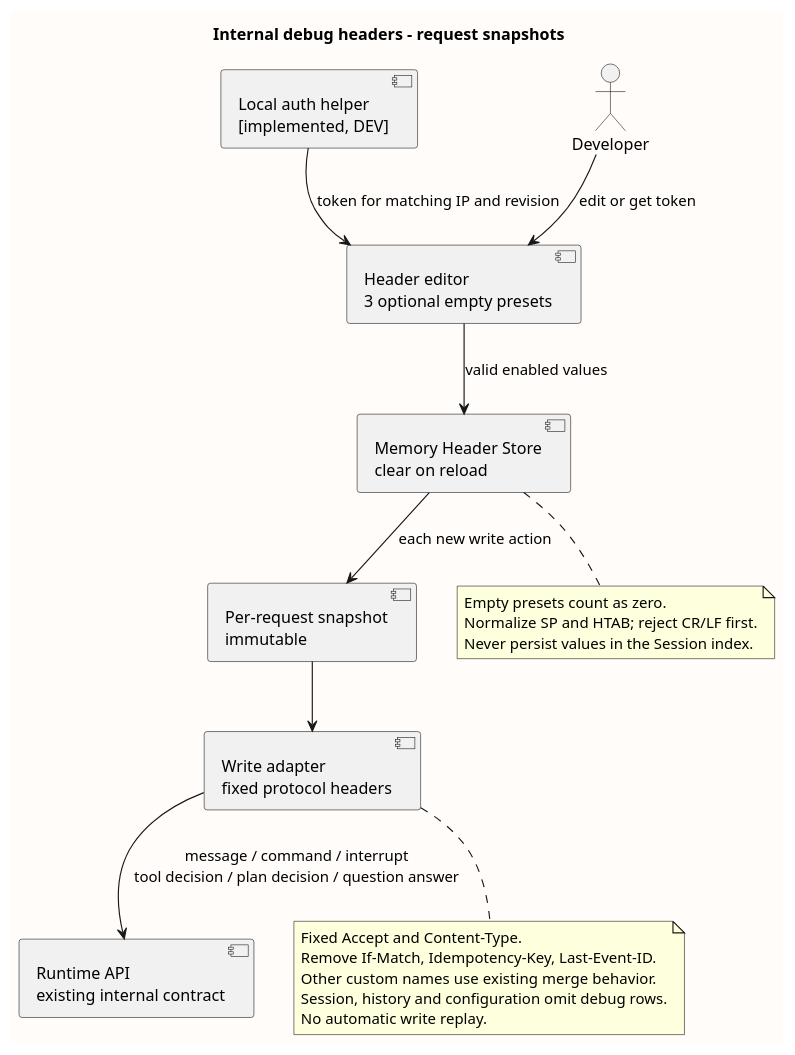
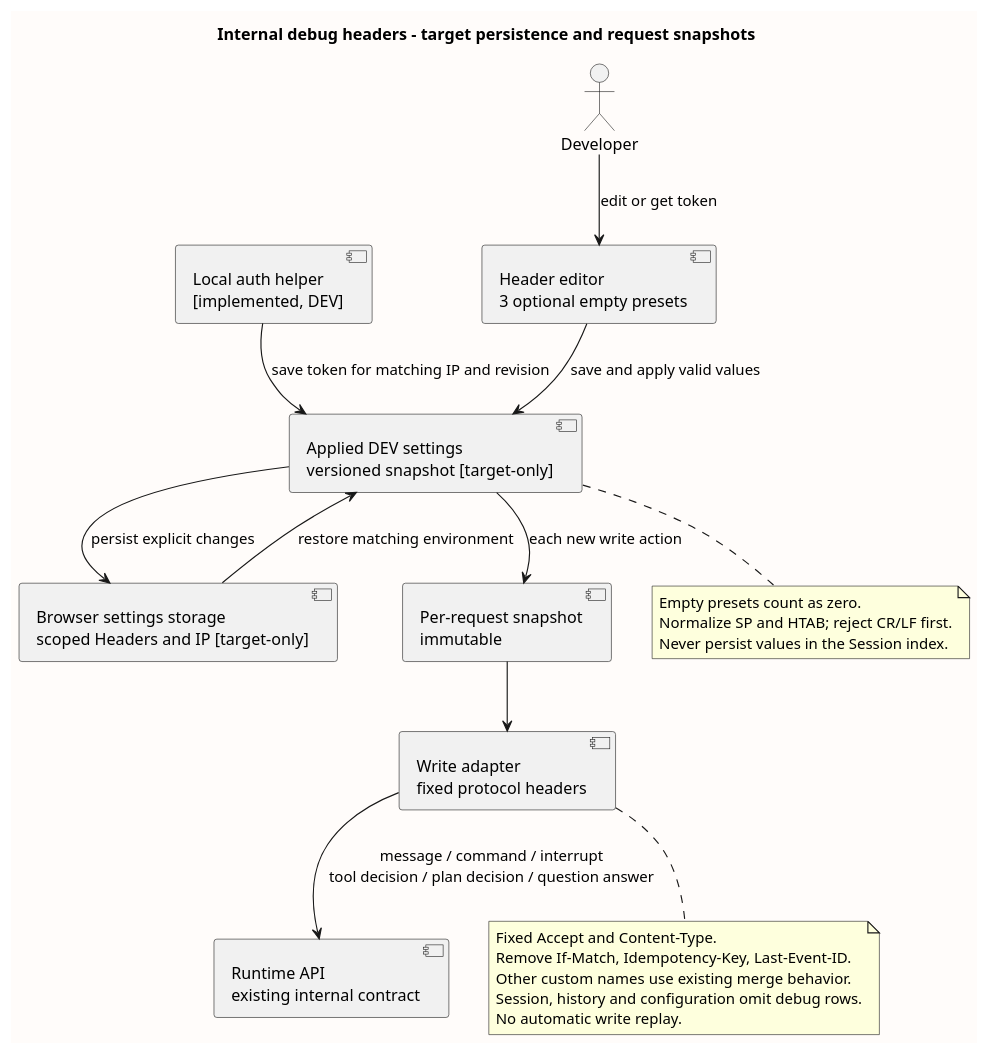
The second of 8 diagrams in 01-总体架构/04-CampusClaw前端体验/diagram.puml (ssm0808/pi-mono-java-design), drawn with PlantUML before and after one commit. The commit also changed other lines of this file and 23 other files, not shown here.

```diff
--- a/01-总体架构/04-CampusClaw前端体验/diagram.puml
+++ b/01-总体架构/04-CampusClaw前端体验/diagram.puml
@@ -44,39 +44,44 @@
 @startuml frontend_debug_header_flow
 ' Source baseline: pi-mono-java@9f785bea3ffff8f6566cd1b2727285af46a2aead
 ' Previous UI baseline: 4cc8dd86f601417c22cf9306e52152acbb59bb60
 ' Source evidence: frontend/src/components/DebugHeaders.vue snapshot
 ' Source evidence: frontend/src/App.vue submit, executeCommand, stop, decideTool, decidePlan, answerQuestion
 ' Source evidence: frontend/src/composables/useRuntimeApi.ts writeHeaders, submitStream, executeCommand
 ' Observed behavior: each of six write actions freezes current valid custom headers.
 ' Observed behavior: debugHeaders.ts validates whitespace; dev/authMiddleware.ts registers the DEV helper.
-' Design reason: edits affect new requests without mutating an accepted execution.
-title Internal debug headers - request snapshots
+' New evidence: pi-mono-java 1d08f98eb04f8ea6e01bcfbfd4008c1b638391c4; DebugHeaders.vue rows; useDebugAuth.ts ip.
+' Observed behavior: settings are memory-only; persistence and unified settings are target-only.
+' Design reason: saved configuration survives reload; edits cannot mutate an accepted execution.
+title Internal debug headers - target persistence and request snapshots
 top to bottom direction
 skinparam backgroundColor #FFFCFA
 skinparam shadowing false
 component "Header editor\n3 optional empty presets" as Editor
-component "Memory Header Store\nclear on reload" as Store
+component "Applied DEV settings\nversioned snapshot [target-only]" as Store
+component "Browser settings storage\nscoped Headers and IP [target-only]" as ConfigStorage
 component "Per-request snapshot\nimmutable" as Snapshot
 component "Write adapter\nfixed protocol headers" as Adapter
 component "Runtime API\nexisting internal contract" as Runtime
 component "Local auth helper\n[implemented, DEV]" as Auth
 actor Developer
 Developer --> Editor : edit or get token
-Auth --> Editor : token for matching IP and revision
-Editor --> Store : valid enabled values
+Auth --> Store : save token for matching IP and revision
+Editor --> Store : save and apply valid values
+Store --> ConfigStorage : persist explicit changes
+ConfigStorage --> Store : restore matching environment
 Store --> Snapshot : each new write action
 Snapshot --> Adapter
 Adapter --> Runtime : message / command / interrupt\ntool decision / plan decision / question answer
 note bottom of Store
   Empty presets count as zero.
   Normalize SP and HTAB; reject CR/LF first.
   Never persist values in the Session index.
 end note
 note bottom of Adapter
   Fixed Accept and Content-Type.
   Remove If-Match, Idempotency-Key, Last-Event-ID.
   Other custom names use existing merge behavior.
   Session, history and configuration omit debug rows.
   No automatic write replay.
 end note
 @enduml
```
